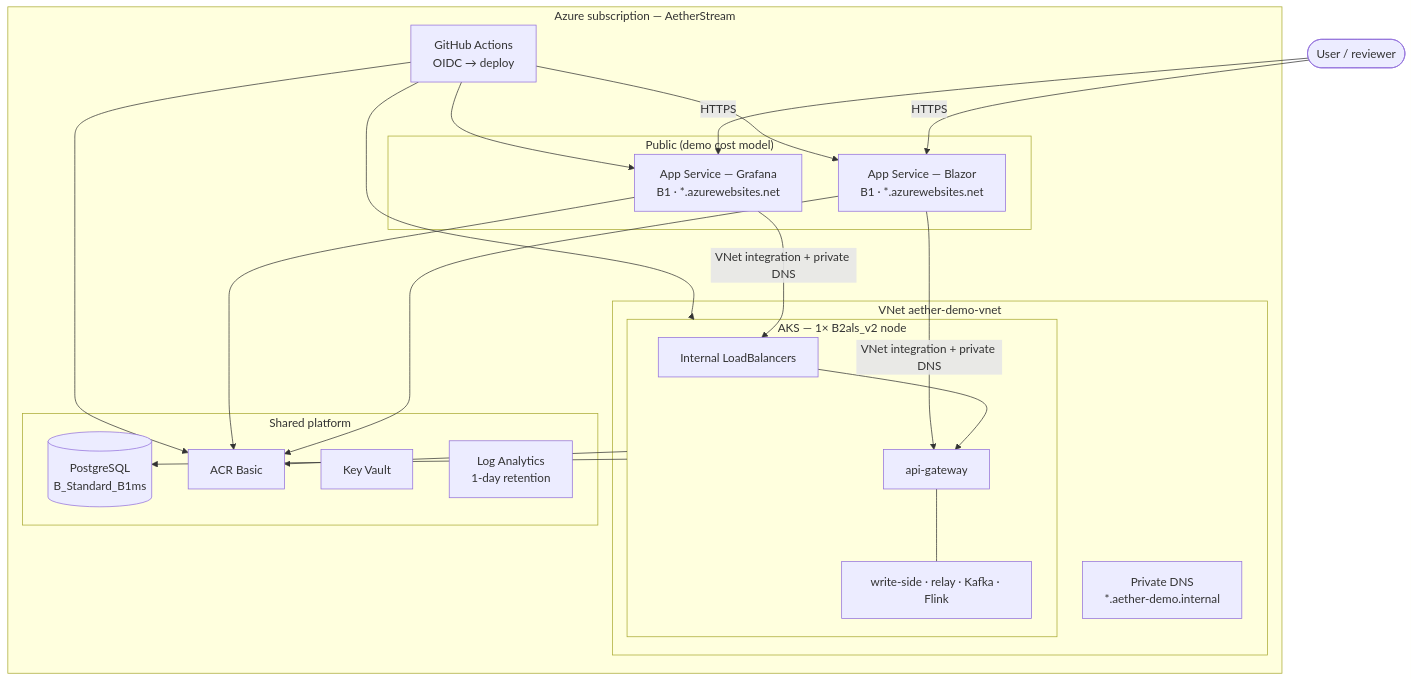
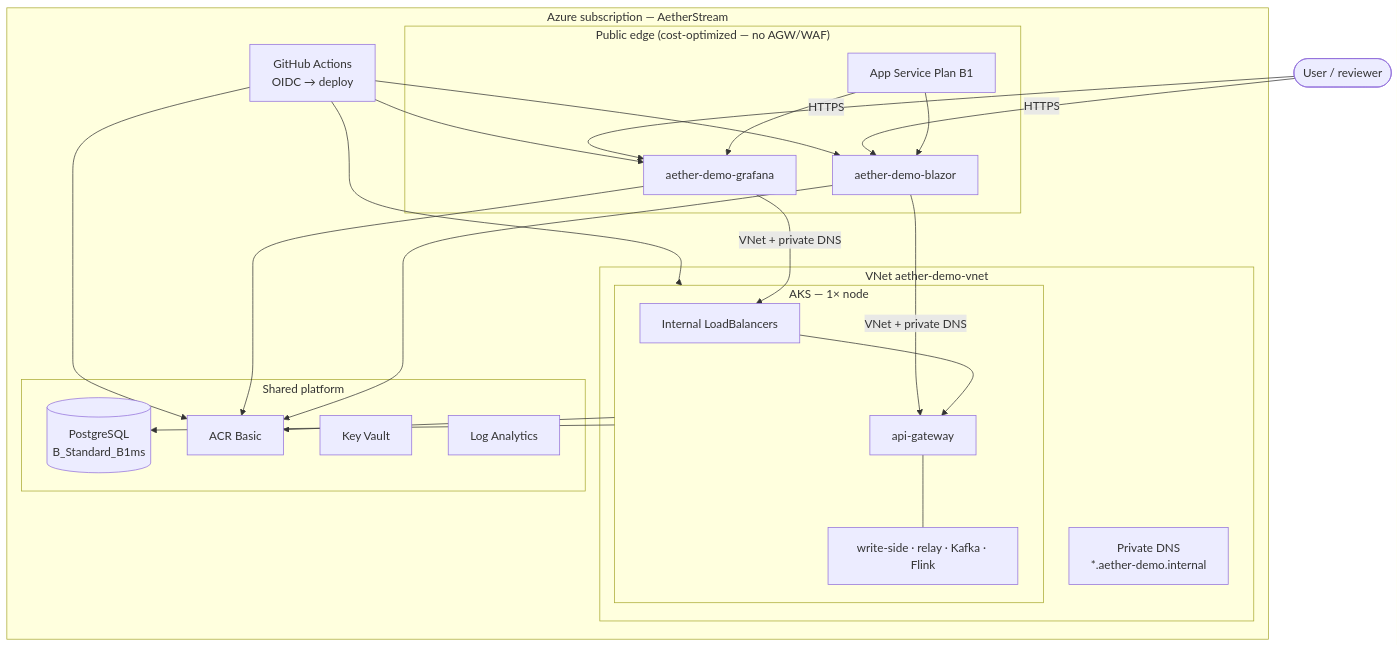
The diagram in README.md (asaleh-lab/AetherStream), drawn with Mermaid before and after one commit. The commit also changed other lines of this file and 22 other files, not shown here.

First line of the commit message:
feat(infra): switch Azure demo UI to App Service B1

````diff
--- a/README.md
+++ b/README.md
@@ -194,44 +194,47 @@
 ```mermaid
 flowchart TB
   User([User / reviewer])
 
   subgraph Azure["Azure subscription — AetherStream"]
-    subgraph Public["Public (demo cost model)"]
-      Blazor["App Service — Blazor<br/>B1 · *.azurewebsites.net"]
-      Grafana["App Service — Grafana<br/>B1 · *.azurewebsites.net"]
+    subgraph Public["Public edge (cost-optimized — no AGW/WAF)"]
+      ASP["App Service Plan B1"]
+      Blazor["aether-demo-blazor"]
+      Grafana["aether-demo-grafana"]
+      ASP --> Blazor
+      ASP --> Grafana
     end
 
     subgraph VNet["VNet aether-demo-vnet"]
-      subgraph AKS["AKS — 1× B2als_v2 node"]
+      subgraph AKS["AKS — 1× node"]
         ILB["Internal LoadBalancers"]
         GW["api-gateway"]
         Back["write-side · relay · Kafka · Flink"]
         ILB --> GW
         GW --- Back
       end
       DNS["Private DNS<br/>*.aether-demo.internal"]
     end
 
     subgraph Platform["Shared platform"]
       PG[("PostgreSQL<br/>B_Standard_B1ms")]
       ACR["ACR Basic"]
       KV["Key Vault"]
-      LAW["Log Analytics<br/>1-day retention"]
+      LAW["Log Analytics"]
     end
 
     GH["GitHub Actions<br/>OIDC → deploy"]
   end
 
   User -->|HTTPS| Blazor
   User -->|HTTPS| Grafana
-  Blazor -->|VNet integration + private DNS| GW
-  Grafana -->|VNet integration + private DNS| ILB
+  Blazor -->|VNet + private DNS| GW
+  Grafana -->|VNet + private DNS| ILB
   AKS --> PG
   AKS --> ACR
   Blazor --> ACR
   Grafana --> ACR
   GH --> ACR
   GH --> AKS
   GH --> Blazor
   GH --> Grafana
 ```
````
